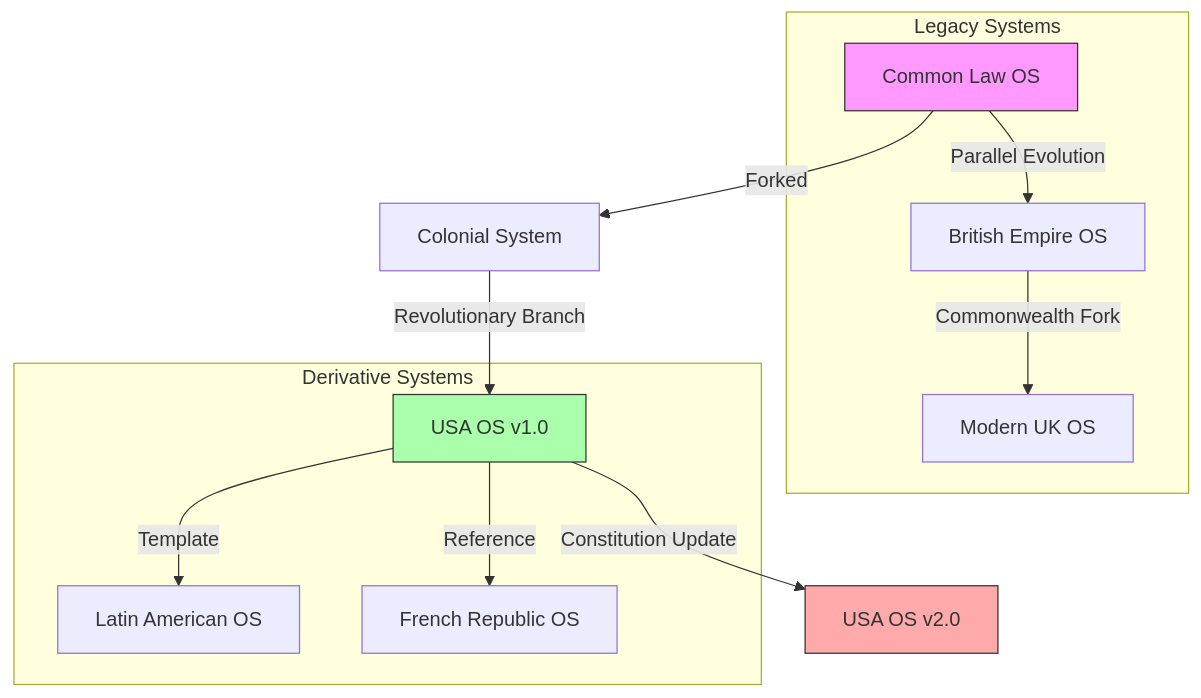
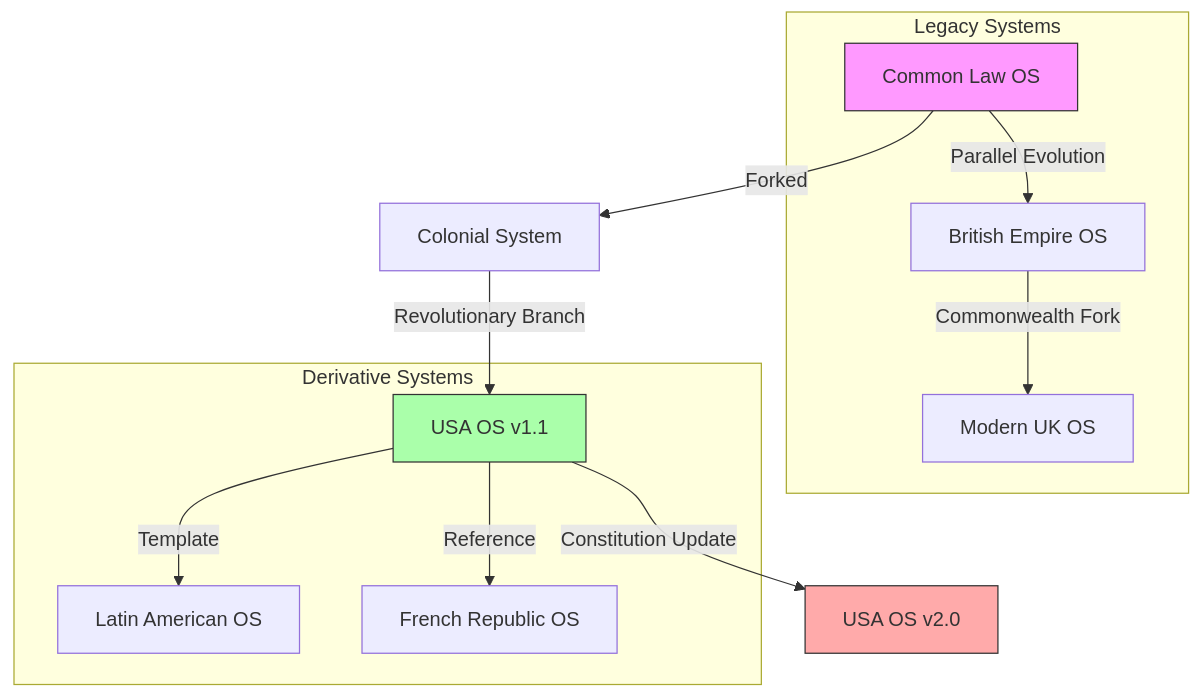
Diagram 12 of 20 in concepts/USA_OS.md (docxology/School_of_Tomorrow), drawn with Mermaid before and after one commit. The commit also changed 7 other files, not shown here.

````diff
--- a/concepts/USA_OS.md
+++ b/concepts/USA_OS.md
@@ -521,20 +521,20 @@
 ```mermaid
 graph TD
     A[Common Law OS] -->|Forked| B[Colonial System]
-    B -->|Revolutionary Branch| C[USA OS v1.0]
+    B -->|Revolutionary Branch| C[USA OS v1.1]
     C -->|Constitution Update| D[USA OS v2.0]
     
     subgraph "Legacy Systems"
         A -->|Parallel Evolution| E[British Empire OS]
         E -->|Commonwealth Fork| F[Modern UK OS]
     end
     
     subgraph "Derivative Systems"
         C -->|Template| G[Latin American OS]
         C -->|Reference| H[French Republic OS]
     end
     
     style A fill:#f9f,stroke:#333
     style C fill:#afa,stroke:#333
     style D fill:#faa,stroke:#333
 ```
````
